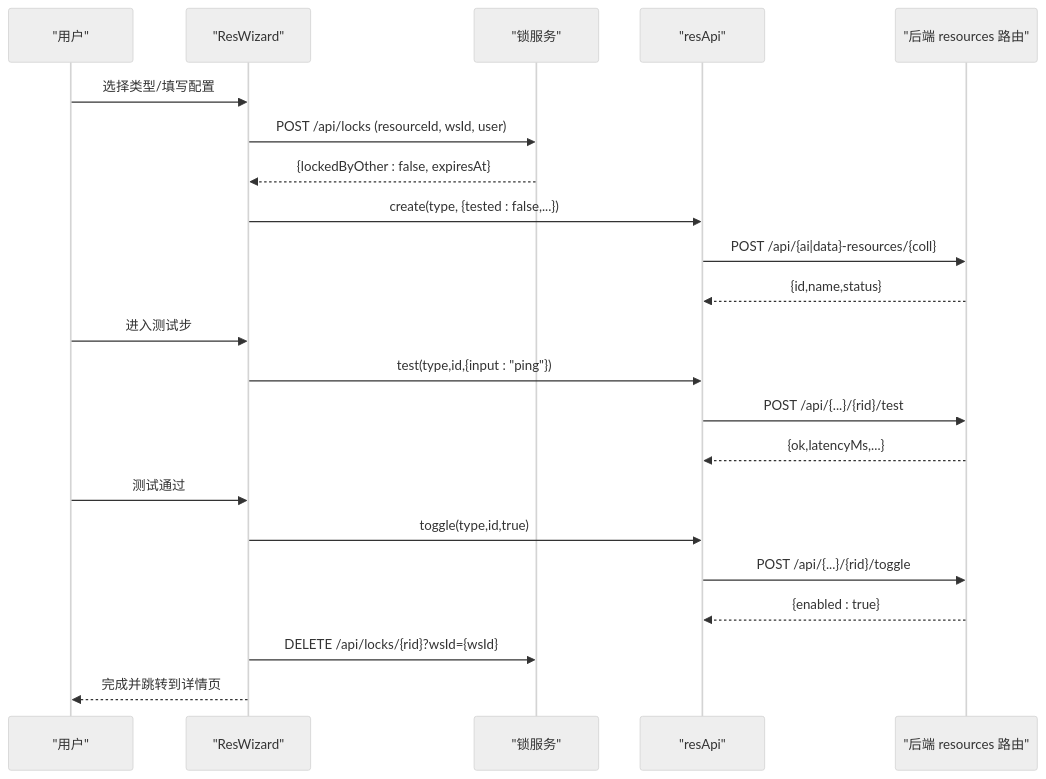
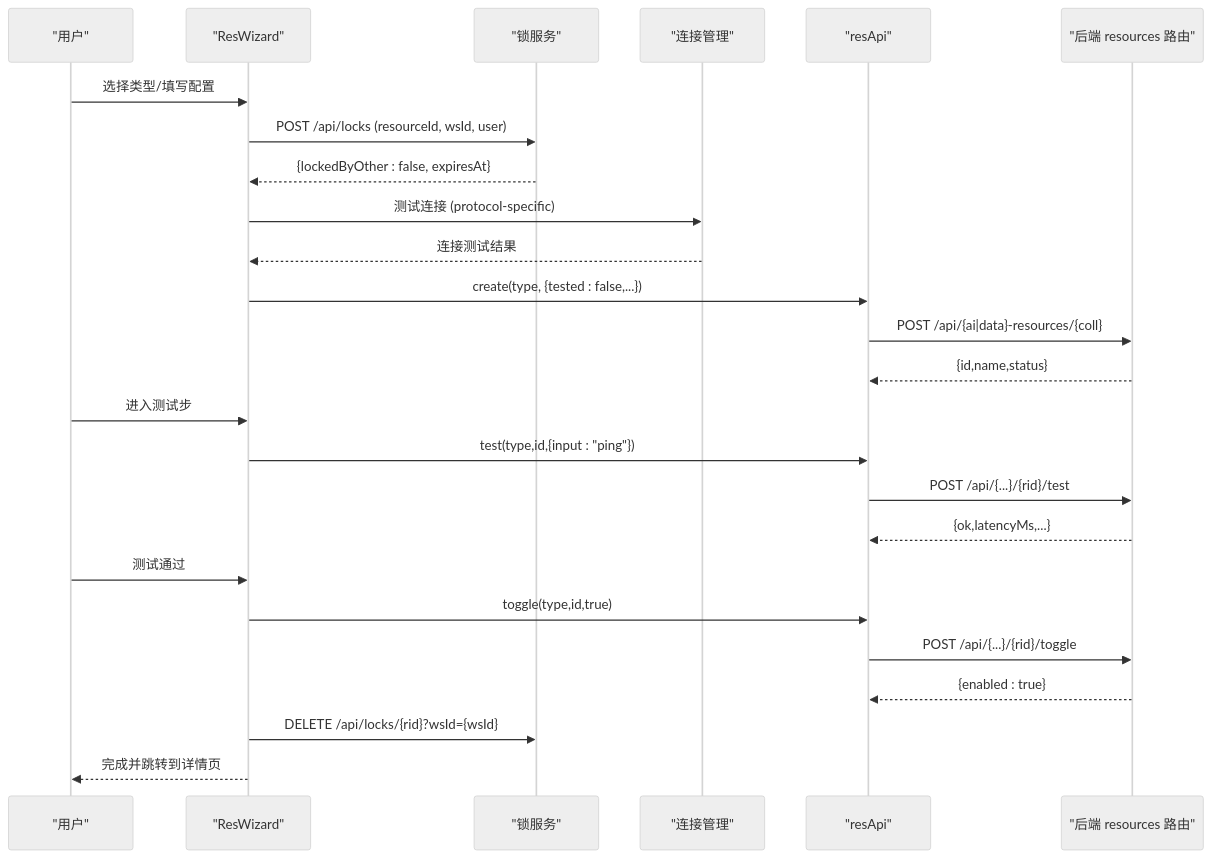
Before and after one commit to huiliuxu780/MoreThanCorn: the first of 3 diagrams in .qoder/repowiki/zh/content/资源管理域.md, drawn with Mermaid (neutral theme). The commit also changed other lines of this file and 63 other files, not shown here.

````diff
--- a/.qoder/repowiki/zh/content/资源管理域.md
+++ b/.qoder/repowiki/zh/content/资源管理域.md
@@ -59,24 +66,27 @@
 ```mermaid
 sequenceDiagram
 participant U as "用户"
 participant W as "ResWizard"
 participant L as "锁服务"
+participant C as "连接管理"
 participant API as "resApi"
 participant S as "后端 resources 路由"
 U->>W : 选择类型/填写配置
 W->>L : POST /api/locks (resourceId, wsId, user)
 L-->>W : {lockedByOther : false, expiresAt}
+W->>C : 测试连接 (protocol-specific)
+C-->>W : 连接测试结果
 W->>API : create(type, {tested : false,...})
 API->>S : POST /api/{ai|data}-resources/{coll}
 S-->>API : {id,name,status}
 U->>W : 进入测试步
 W->>API : test(type,id,{input : "ping"})
 API->>S : POST /api/{...}/{rid}/test
 S-->>API : {ok,latencyMs,...}
 U->>W : 测试通过
 W->>API : toggle(type,id,true)
 API->>S : POST /api/{...}/{rid}/toggle
 S-->>API : {enabled : true}
 W->>L : DELETE /api/locks/{rid}?wsId={wsId}
 W-->>U : 完成并跳转到详情页
 ```
````
